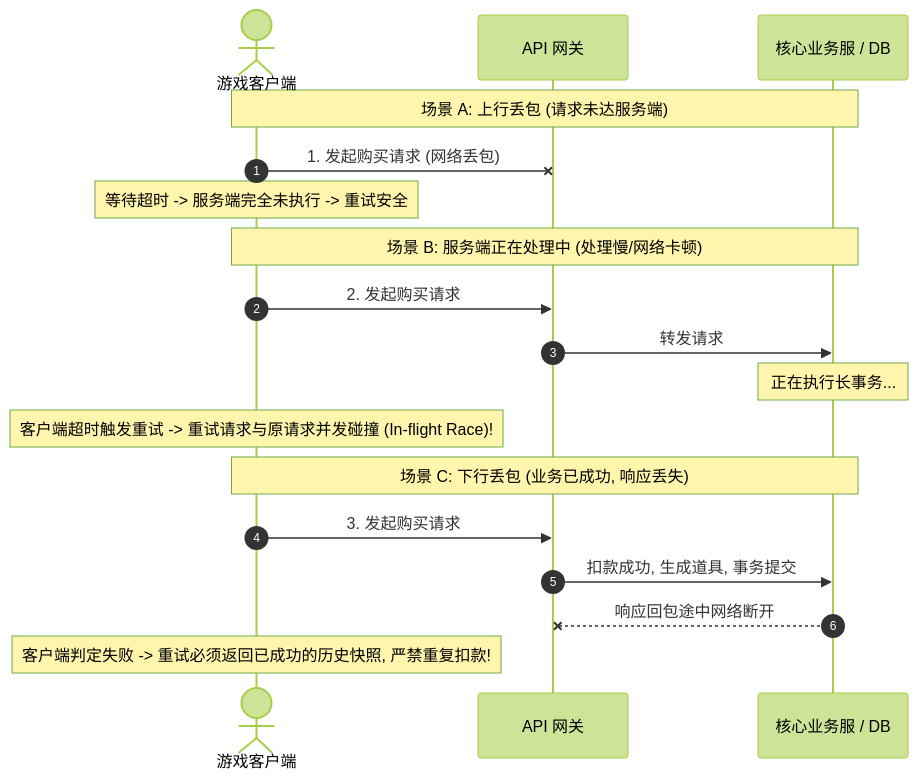
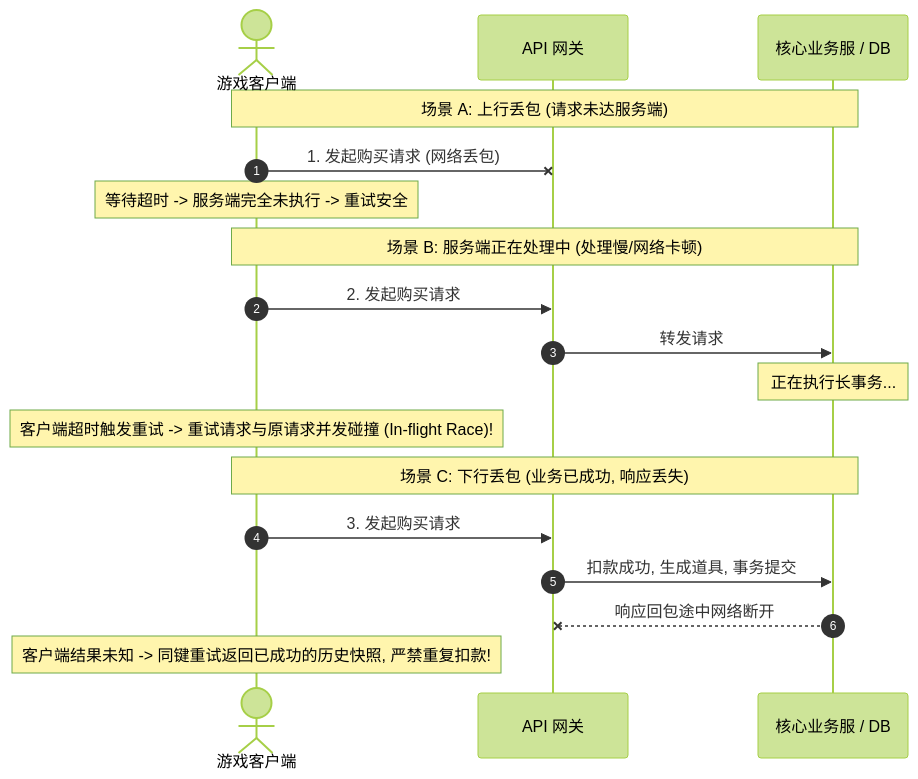
The first of 2 diagrams in 游戏服务端/04-平台与可靠性/03-幂等重试与消息语义.md (fantuan812/learning), drawn with Mermaid (forest theme) before and after one commit. The commit also changed other lines of this file and 7 other files, not shown here.

````diff
--- a/游戏服务端/04-平台与可靠性/03-幂等重试与消息语义.md
+++ b/游戏服务端/04-平台与可靠性/03-幂等重试与消息语义.md
@@ -27,23 +41,23 @@
 ```mermaid
 sequenceDiagram
     autonumber
     actor Client as 游戏客户端
     participant Gateway as API 网关
     participant Service as 核心业务服 / DB
 
     Note over Client,Service: 场景 A: 上行丢包 (请求未达服务端)
     Client-xGateway: 1. 发起购买请求 (网络丢包)
     Note over Client: 等待超时 -> 服务端完全未执行 -> 重试安全
 
     Note over Client,Service: 场景 B: 服务端正在处理中 (处理慢/网络卡顿)
     Client->>Gateway: 2. 发起购买请求
     Gateway->>Service: 转发请求
     Note over Service: 正在执行长事务...
     Note over Client: 客户端超时触发重试 -> 重试请求与原请求并发碰撞 (In-flight Race)!
 
     Note over Client,Service: 场景 C: 下行丢包 (业务已成功, 响应丢失)
     Client->>Gateway: 3. 发起购买请求
     Gateway->>Service: 扣款成功, 生成道具, 事务提交
     Service--xGateway: 响应回包途中网络断开
-    Note over Client: 客户端判定失败 -> 重试必须返回已成功的历史快照, 严禁重复扣款!
+    Note over Client: 客户端结果未知 -> 同键重试返回已成功的历史快照, 严禁重复扣款!
 ```
````
